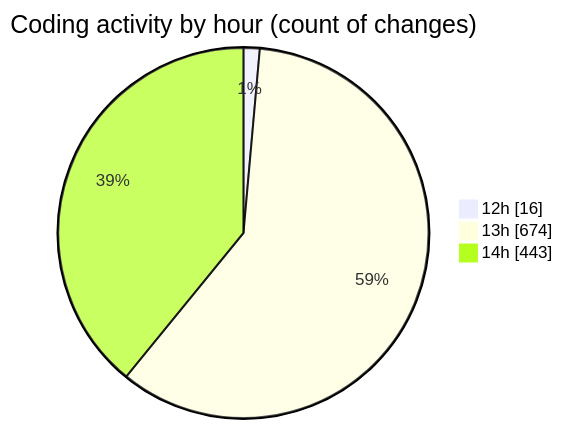
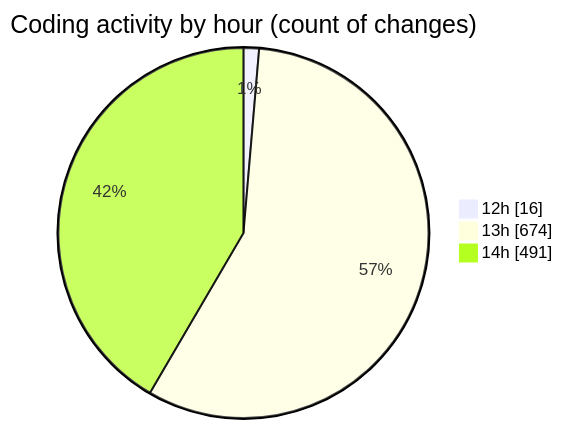
The second of 2 diagrams in 2025-09-16/www/README.md (vahidmafi/code-tracking), drawn with Mermaid before and after one commit. The commit also changed other lines of this file and 1 other file, not shown here.

````diff
--- a/2025-09-16/www/README.md
+++ b/2025-09-16/www/README.md
@@ -549,7 +584,7 @@
 ```mermaid
 pie showData
 title Coding activity by hour (count of changes)
 "12h" : 16
 "13h" : 674
-"14h" : 443
+"14h" : 491
 ```
````
